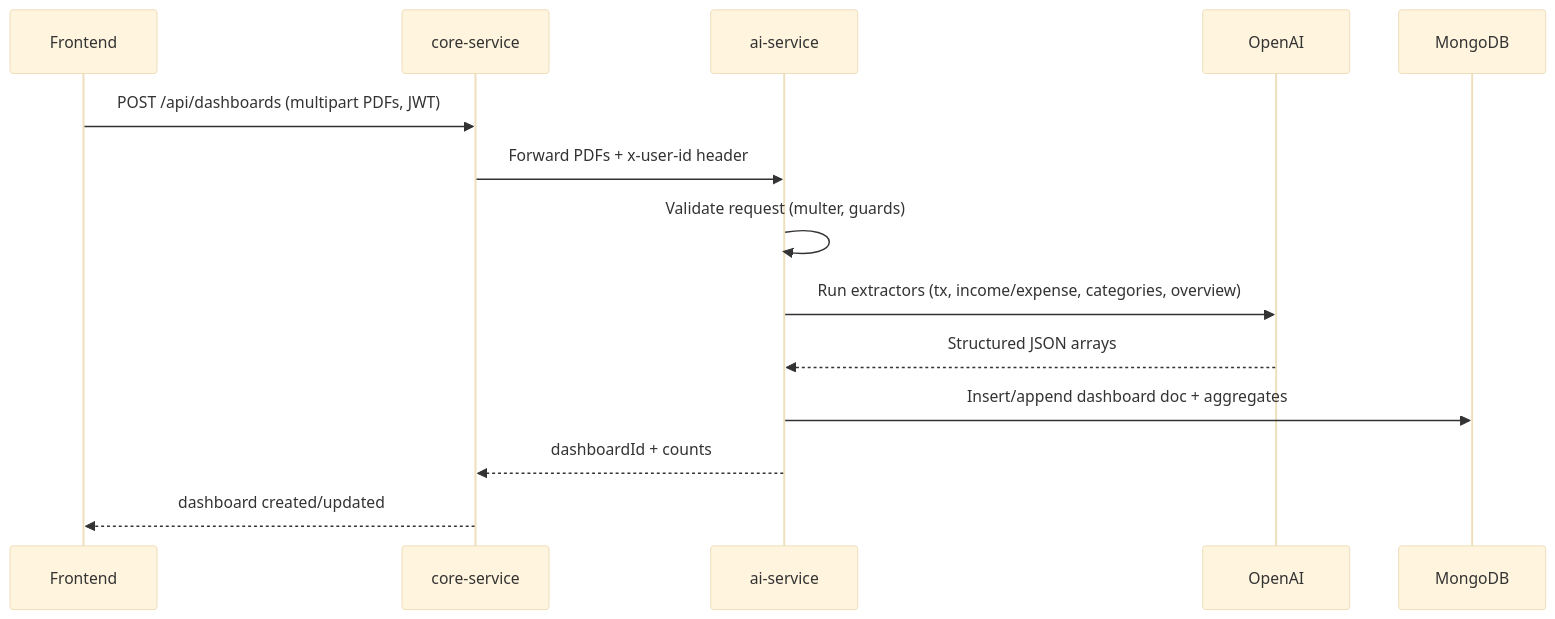
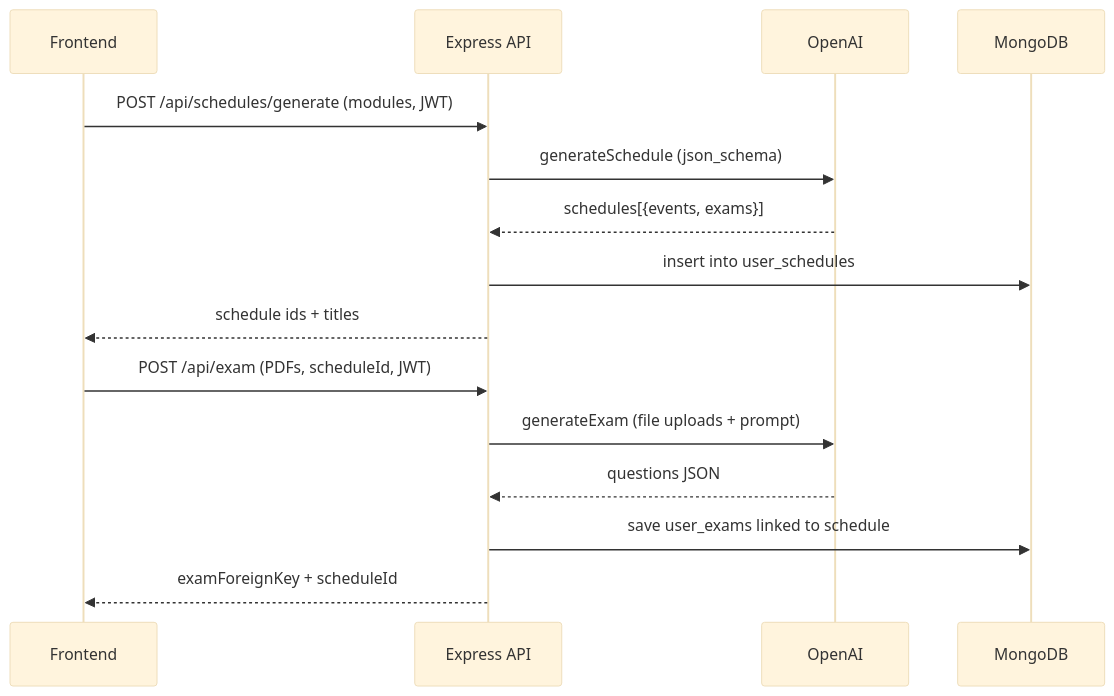
One commit to l-quincy01/uni-scheduler changed the fourth of 5 diagrams in README.md. Above: the diagram before and after it, drawn with Mermaid (base theme). The commit also changed other lines of this file, not shown here.

````diff
--- a/README.md
+++ b/README.md
@@ -127,17 +145,19 @@
 ```mermaid
 sequenceDiagram
     participant FE as Frontend
-    participant API as core-service
-    participant AI as ai-service
+    participant API as Express API
     participant LLM as OpenAI
     participant M as MongoDB
 
-    FE->>API: POST /api/dashboards (multipart PDFs, JWT)
-    API->>AI: Forward PDFs + x-user-id header
-    AI->>AI: Validate request (multer, guards)
-    AI->>LLM: Run extractors (tx, income/expense, categories, overview)
-    LLM-->>AI: Structured JSON arrays
-    AI->>M: Insert/append dashboard doc + aggregates
-    AI-->>API: dashboardId + counts
-    API-->>FE: dashboard created/updated
+    FE->>API: POST /api/schedules/generate (modules, JWT)
+    API->>LLM: generateSchedule (json_schema)
+    LLM-->>API: schedules[{events, exams}]
+    API->>M: insert into user_schedules
+    API-->>FE: schedule ids + titles
+
+    FE->>API: POST /api/exam (PDFs, scheduleId, JWT)
+    API->>LLM: generateExam (file uploads + prompt)
+    LLM-->>API: questions JSON
+    API->>M: save user_exams linked to schedule
+    API-->>FE: examForeignKey + scheduleId
 ```
````
